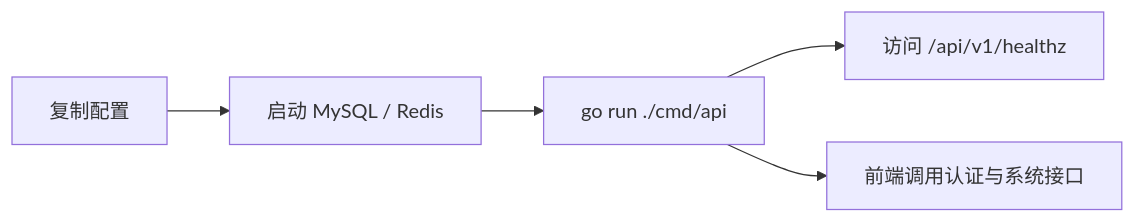
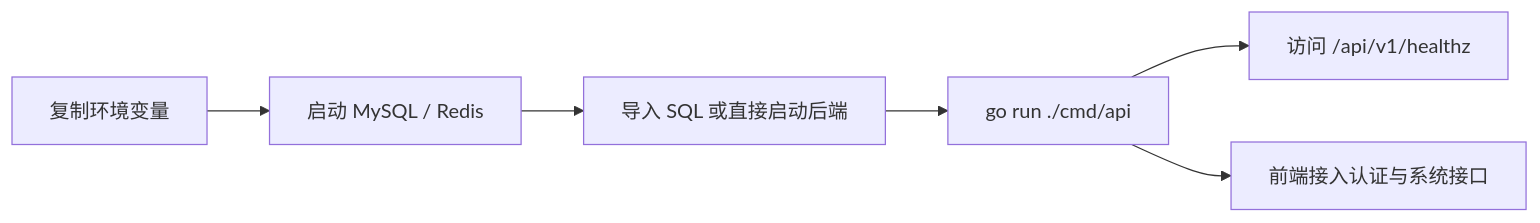
Before and after one commit to gee-coder/template-go-backend: the first of 4 diagrams in README.md, drawn with Mermaid. The commit also changed other lines of this file and 17 other files, not shown here.

````diff
--- a/README.md
+++ b/README.md
@@ -49,7 +49,8 @@
 ```mermaid
 flowchart LR
-    A["复制配置"] --> B["启动 MySQL / Redis"]
-    B --> C["go run ./cmd/api"]
-    C --> D["访问 /api/v1/healthz"]
-    C --> E["前端调用认证与系统接口"]
+    A["复制环境变量"] --> B["启动 MySQL / Redis"]
+    B --> C["导入 SQL 或直接启动后端"]
+    C --> D["go run ./cmd/api"]
+    D --> E["访问 /api/v1/healthz"]
+    D --> F["前端接入认证与系统接口"]
 ```
````
